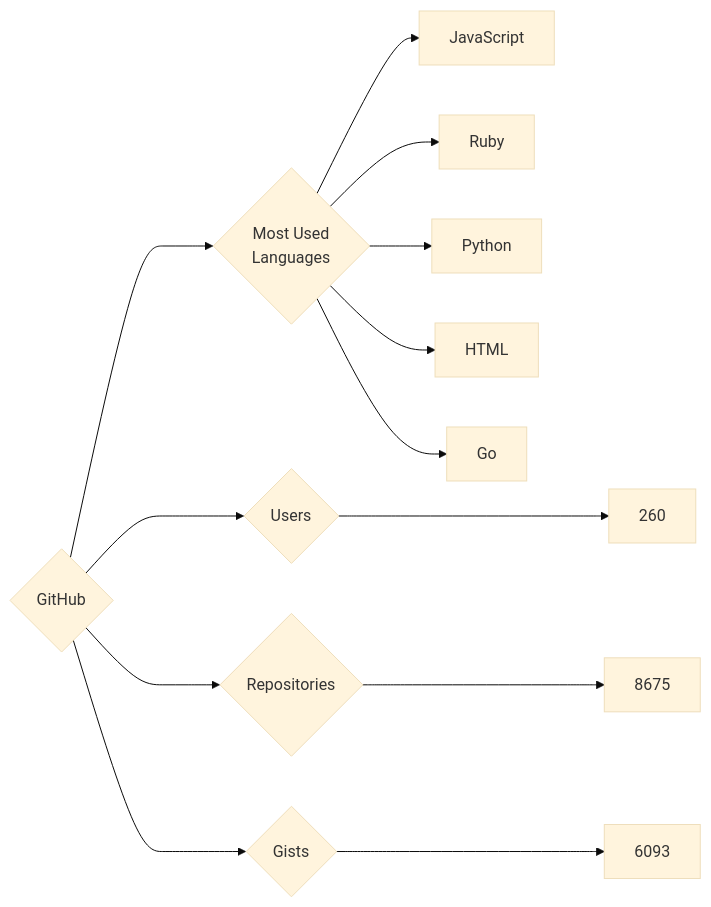
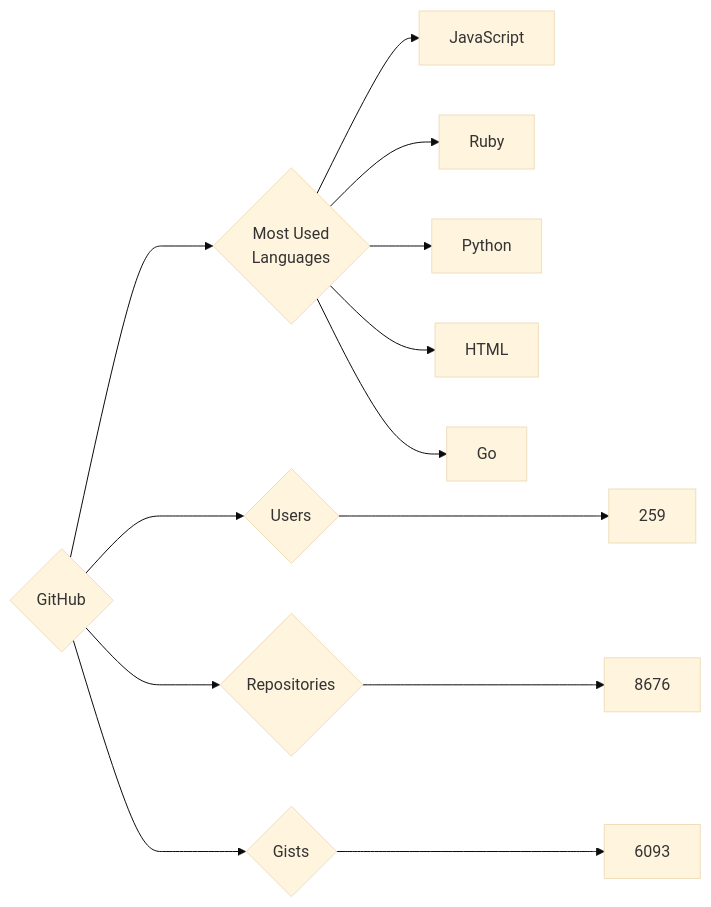
The diagram in targets/GitHub/README.md (trickest/insiders), drawn with Mermaid (base theme) before and after one commit. The commit also changed 736 other files, not shown here.

````diff
--- a/targets/GitHub/README.md
+++ b/targets/GitHub/README.md
@@ -3,13 +3,13 @@
 ```mermaid
 graph LR
 COMPANY_NAME{GitHub}
-COMPANY_NAME ---> U{Users} ---> UN[260]
-COMPANY_NAME ---> R{Repositories} ---> RN[8675]
+COMPANY_NAME ---> U{Users} ---> UN[259]
+COMPANY_NAME ---> R{Repositories} ---> RN[8676]
 COMPANY_NAME ---> G{Gists} ---> GN[6093]
 COMPANY_NAME ---> ML{Most Used<br>Languages}
 ML --> JavaScript[JavaScript]
 ML --> Ruby[Ruby]
 ML --> Python[Python]
 ML --> HTML[HTML]
 ML --> Go[Go]
 ```
````
